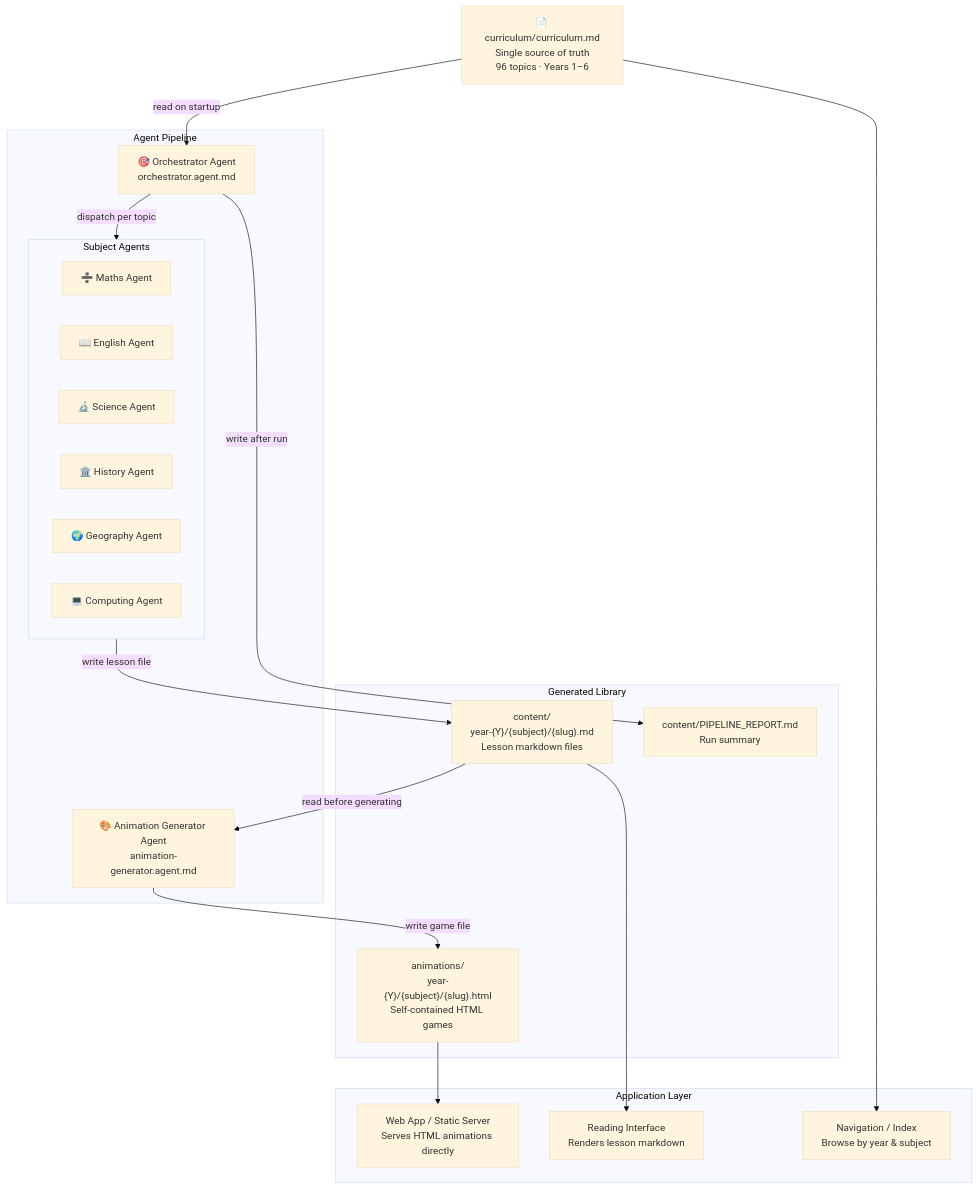
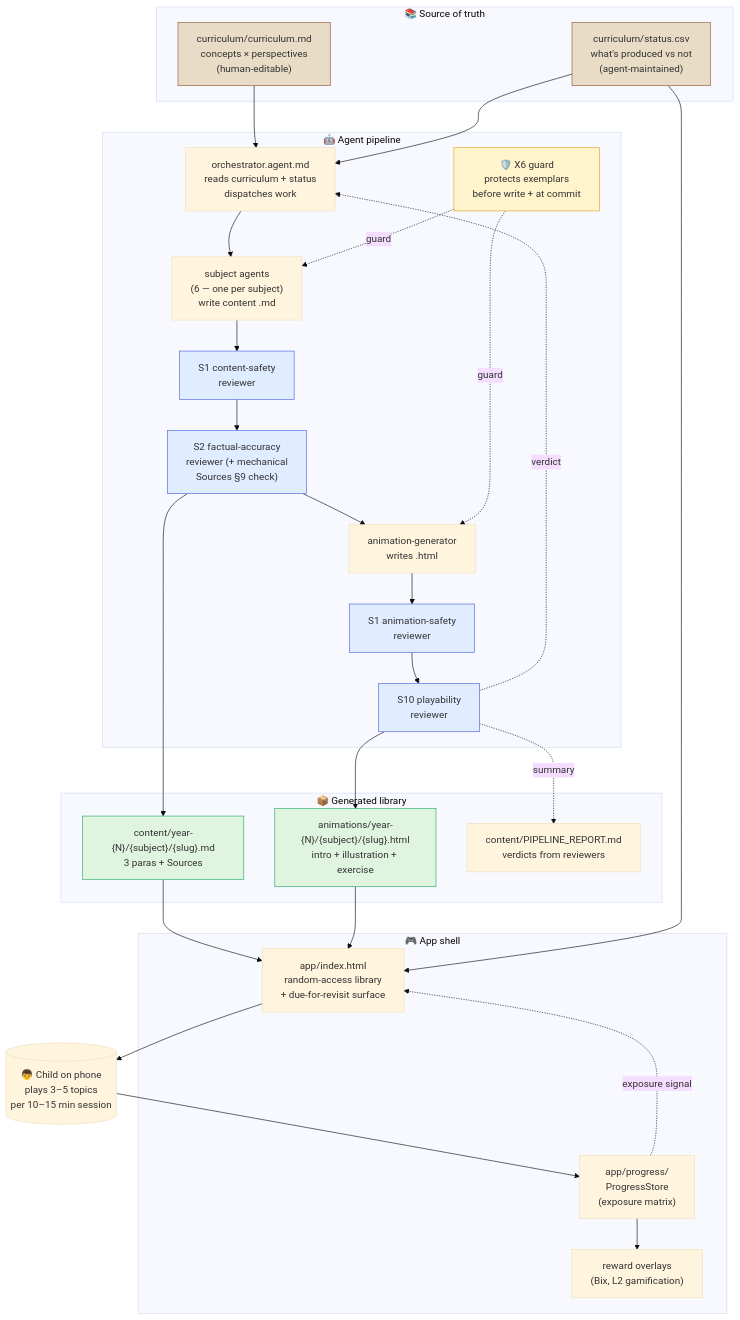
Before and after one commit to pandeyvaibhav/game-learn-mode: the first of 3 diagrams in doc/architecture.md, drawn with Mermaid (base theme). The commit also changed other lines of this file, not shown here.

````diff
--- a/doc/architecture.md
+++ b/doc/architecture.md
@@ -11,41 +24,58 @@
 ```mermaid
-flowchart TD
-    CM["📄 curriculum/curriculum.md\nSingle source of truth\n96 topics · Years 1–6"]
-
-    subgraph AGENTS["Agent Pipeline"]
-        OA["🎯 Orchestrator Agent\norchestrator.agent.md"]
-
-        subgraph SUBJECT["Subject Agents"]
-            MA["➗ Maths Agent"]
-            EA["📖 English Agent"]
-            SA["🔬 Science Agent"]
-            HA["🏛️ History Agent"]
-            GA["🌍 Geography Agent"]
-            CA["💻 Computing Agent"]
-        end
-
-        AN["🎨 Animation Generator Agent\nanimation-generator.agent.md"]
+flowchart TB
+    subgraph SOT["📚 Source of truth"]
+        CM["curriculum/curriculum.md<br/>concepts × perspectives<br/>(human-editable)"]
+        SC["curriculum/status.csv<br/>what's produced vs not<br/>(agent-maintained)"]
     end
 
-    subgraph OUTPUT["Generated Library"]
-        CF["content/\nyear-{Y}/{subject}/{slug}.md\nLesson markdown files"]
-        AF["animations/\nyear-{Y}/{subject}/{slug}.html\nSelf-contained HTML games"]
-        PR["content/PIPELINE_REPORT.md\nRun summary"]
+    subgraph CHAIN["🤖 Agent pipeline"]
+        ORCH["orchestrator.agent.md<br/>reads curriculum + status<br/>dispatches work"]
+        SUBJ["subject agents<br/>(6 — one per subject)<br/>write content .md"]
+        S1C["S1 content-safety<br/>reviewer"]
+        S2["S2 factual-accuracy<br/>reviewer (+ mechanical<br/>Sources §9 check)"]
+        ANIM["animation-generator<br/>writes .html"]
+        S1A["S1 animation-safety<br/>reviewer"]
+        S10["S10 playability<br/>reviewer"]
+        X6["🛡️ X6 guard<br/>protects exemplars<br/>before write + at commit"]
     end
 
-    subgraph APP["Application Layer"]
-        WA["Web App / Static Server\nServes HTML animations directly"]
-        RI["Reading Interface\nRenders lesson markdown"]
-        NAV["Navigation / Index\nBrowse by year & subject"]
+    subgraph LIB["📦 Generated library"]
+        CF["content/year-{N}/{subject}/{slug}.md<br/>3 paras + Sources"]
+        AF["animations/year-{N}/{subject}/{slug}.html<br/>intro + illustration + exercise"]
+        PR["content/PIPELINE_REPORT.md<br/>verdicts from reviewers"]
     end
 
-    CM -->|"read on startup"| OA
-    OA -->|"dispatch per topic"| SUBJECT
-    SUBJECT -->|"write lesson file"| CF
-    CF -->|"read before generating"| AN
-    AN -->|"write game file"| AF
-    OA -->|"write after run"| PR
-    CF --> RI
-    AF --> WA
-    CM --> NAV
+    subgraph APP["🎮 App shell"]
+        INDEX["app/index.html<br/>random-access library<br/>+ due-for-revisit surface"]
+        PROG["app/progress/<br/>ProgressStore<br/>(exposure matrix)"]
+        REW["reward overlays<br/>(Bix, L2 gamification)"]
+    end
+
+    CHILD[("👦 Child on phone<br/>plays 3–5 topics<br/>per 10–15 min session")]
+
+    CM --> ORCH
+    SC --> ORCH
+    ORCH --> SUBJ --> S1C --> S2 --> ANIM --> S1A --> S10
+    S10 -.verdict.-> ORCH
+    X6 -.guard.-> SUBJ
+    X6 -.guard.-> ANIM
+    S2 --> CF
+    S10 --> AF
+    S10 -.summary.-> PR
+    CF --> INDEX
+    AF --> INDEX
+    SC --> INDEX
+    INDEX --> CHILD
+    CHILD --> PROG
+    PROG --> REW
+    PROG -.exposure signal.-> INDEX
+
+    classDef sot fill:#E8DCC7,stroke:#8B5A3C
+    classDef gate fill:#E0ECFF,stroke:#4A5FDB
+    classDef new fill:#FFF4CC,stroke:#E0A020
+    classDef pub fill:#E0F5E0,stroke:#1FA66A
+    class CM,SC sot
+    class S1C,S2,S1A,S10 gate
+    class X6 new
+    class CF,AF pub
 ```
````
